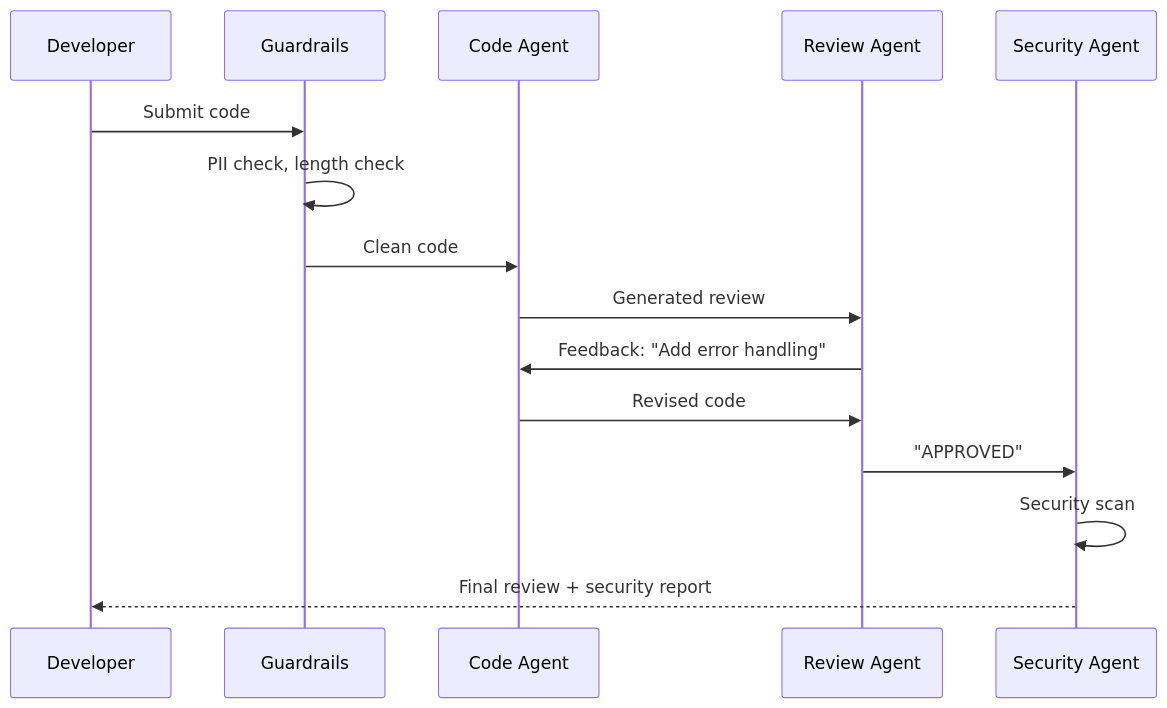
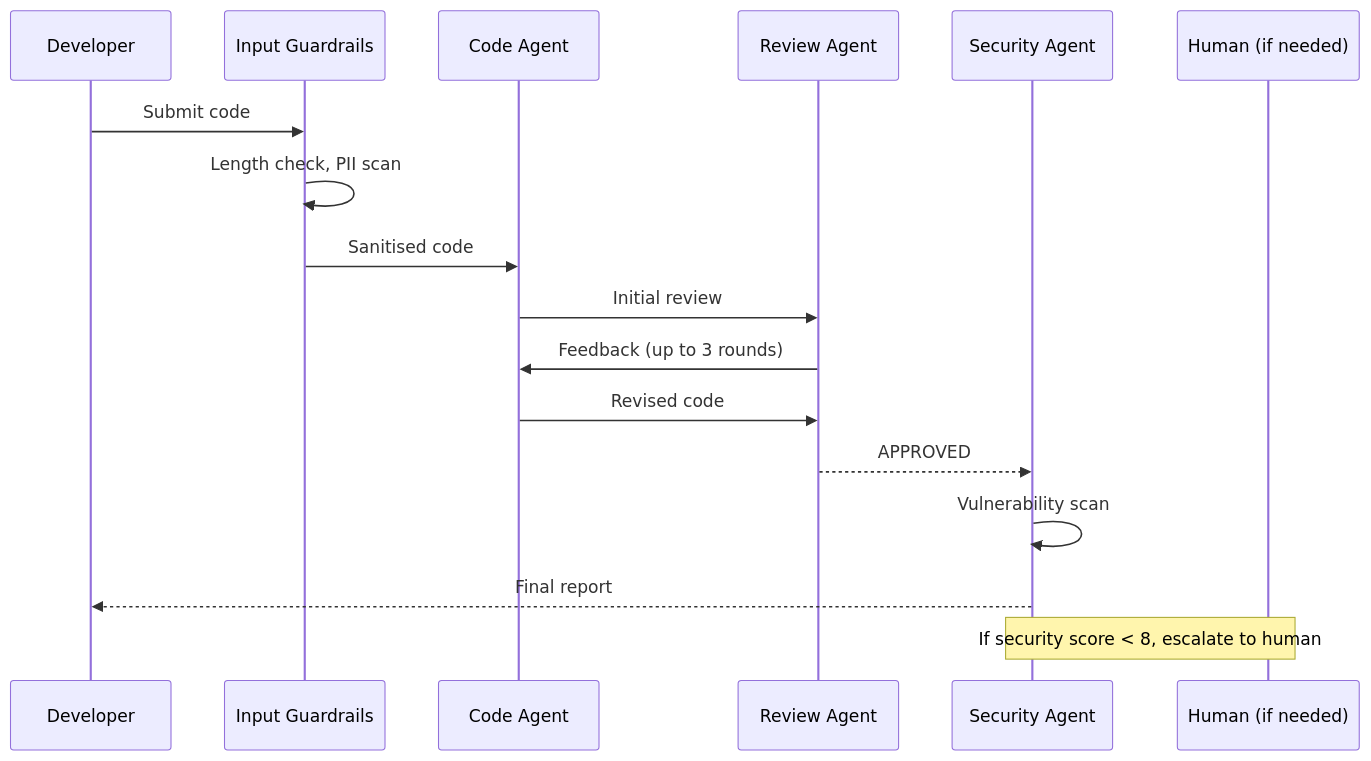
One commit to pyagent-core/pyagent changed the diagram in docs/cookbook/code-review.md. Above: the diagram before and after it, drawn with Mermaid. The commit also changed other lines of this file and 31 other files, not shown here.

````diff
--- a/docs/cookbook/code-review.md
+++ b/docs/cookbook/code-review.md
@@ -7,18 +11,20 @@
 ```mermaid
 sequenceDiagram
     participant D as Developer
-    participant G as Guardrails
+    participant G as Input Guardrails
     participant C as Code Agent
     participant R as Review Agent
     participant S as Security Agent
+    participant H as Human (if needed)
 
     D->>G: Submit code
-    G->>G: PII check, length check
-    G->>C: Clean code
-    C->>R: Generated review
-    R->>C: Feedback: "Add error handling"
+    G->>G: Length check, PII scan
+    G->>C: Sanitised code
+    C->>R: Initial review
+    R->>C: Feedback (up to 3 rounds)
     C->>R: Revised code
-    R->>S: "APPROVED"
-    S->>S: Security scan
-    S-->>D: Final review + security report
+    R-->>S: APPROVED
+    S->>S: Vulnerability scan
+    S-->>D: Final report
+    Note over S,H: If security score < 8, escalate to human
 ```
````
